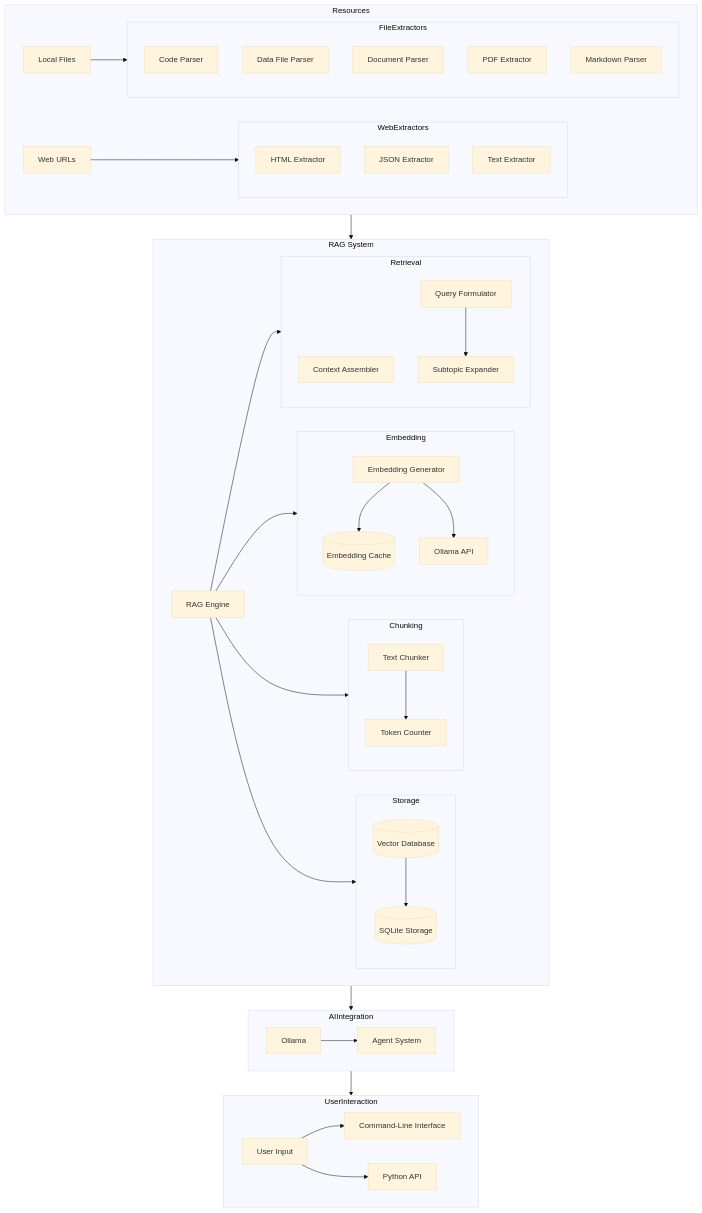
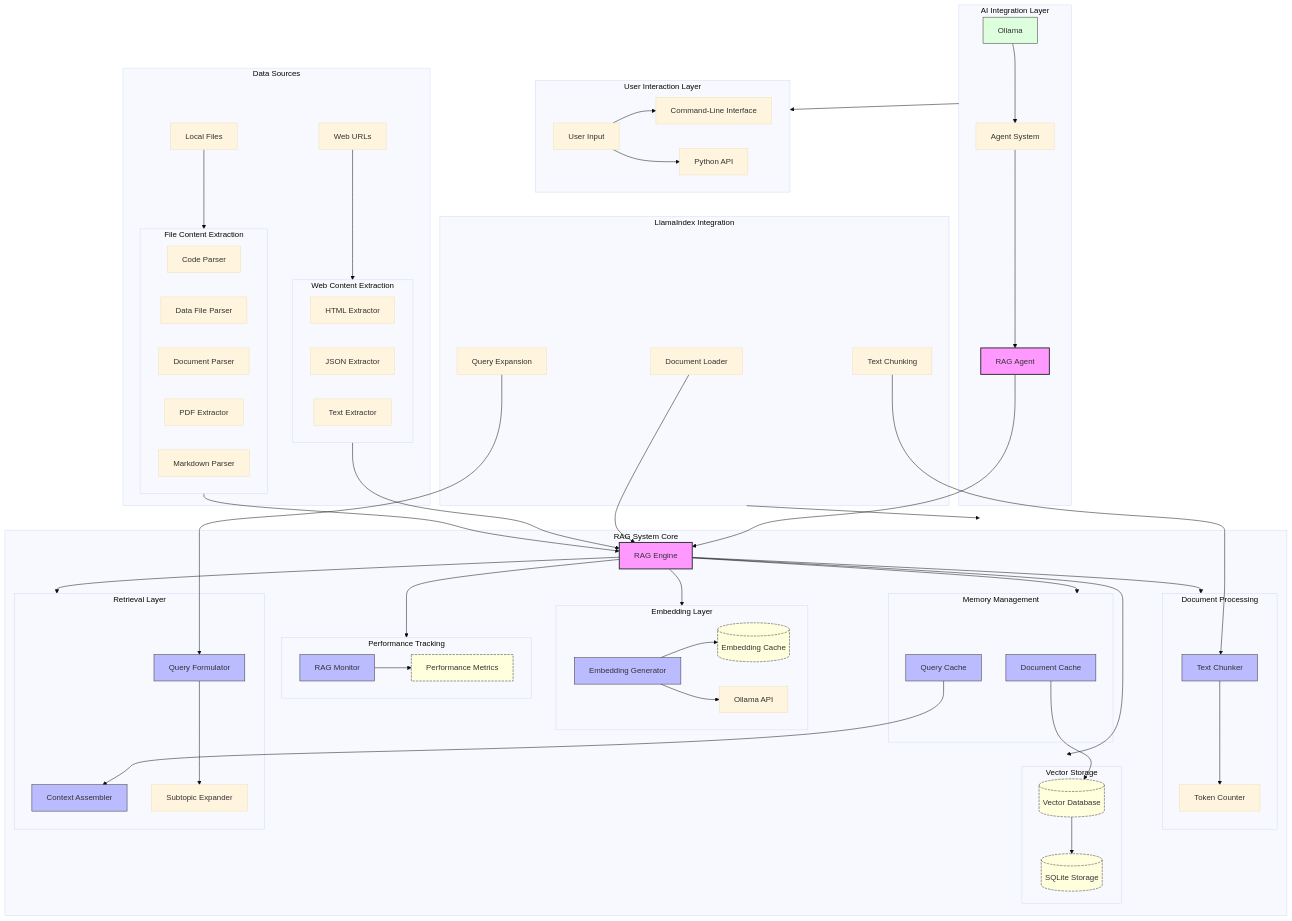
The diagram in docs/rag_system.md (Ollama-Agent-Roll-Cage/oarc-osyllabi), drawn with Mermaid (base theme) before and after one commit. The commit also changed other lines of this file and 9 other files, not shown here.

````diff
--- a/docs/rag_system.md
+++ b/docs/rag_system.md
@@ -7,6 +8,11 @@
 ```mermaid
 flowchart TD
-    subgraph UserInteraction
+    classDef coreComponent fill:#f9f,stroke:#333,stroke-width:2px
+    classDef supportingComponent fill:#bbf,stroke:#333,stroke-width:1px
+    classDef dataStore fill:#ffd,stroke:#333,stroke-width:1px,stroke-dasharray: 5 2
+    classDef clientComponent fill:#dfd,stroke:#333,stroke-width:1px
+    
+    subgraph UserInteraction["User Interaction Layer"]
         User[User Input]
         CLI[Command-Line Interface]
         API[Python API]
@@ -15,57 +21,74 @@
         User --> API
     end
     
-    subgraph RAGSystem [RAG System]
-        RAGEngine[RAG Engine]
+    subgraph RAGSystem ["RAG System Core"]
+        RAGEngine[RAG Engine]:::coreComponent
         
-        subgraph Embedding
-            EmbGen[Embedding Generator]
-            EmbCache[(Embedding Cache)]
+        subgraph Embedding["Embedding Layer"]
+            EmbGen[Embedding Generator]:::supportingComponent
+            EmbCache[(Embedding Cache)]:::dataStore
             OllamaEmb[Ollama API]
             
             EmbGen --> EmbCache
             EmbGen --> OllamaEmb
         end
         
-        subgraph Chunking
-            TextChk[Text Chunker]
+        subgraph Chunking["Document Processing"]
+            TextChk[Text Chunker]:::supportingComponent
             TokenCnt[Token Counter]
             
             TextChk --> TokenCnt
         end
         
-        subgraph Storage
-            VecDB[(Vector Database)]
-            SQLite[(SQLite Storage)]
+        subgraph Storage["Vector Storage"]
+            VecDB[(Vector Database)]:::dataStore
+            SQLite[(SQLite Storage)]:::dataStore
             
             VecDB --> SQLite
         end
         
-        subgraph Retrieval
-            ContAss[Context Assembler]
-            QueryForm[Query Formulator]
+        subgraph Retrieval["Retrieval Layer"]
+            ContAss[Context Assembler]:::supportingComponent
+            QueryForm[Query Formulator]:::supportingComponent
             SubTopic[Subtopic Expander]
             
             QueryForm --> SubTopic
+        end
+        
+        subgraph Monitoring["Performance Tracking"]
+            RAGMon[RAG Monitor]:::supportingComponent
+            PerfMetrics[Performance Metrics]:::dataStore
+            
+            RAGMon --> PerfMetrics
+        end
+        
+        subgraph Caching["Memory Management"]
+            DocCache[Document Cache]:::supportingComponent
+            QCache[Query Cache]:::supportingComponent
+            
+            DocCache --> VecDB
+            QCache --> ContAss
         end
         
         RAGEngine --> Embedding
         RAGEngine --> Chunking
         RAGEngine --> Storage
         RAGEngine --> Retrieval
+        RAGEngine --> Monitoring
+        RAGEngine --> Caching
     end
     
-    subgraph Resources
+    subgraph Resources["Data Sources"]
         WebUrls[Web URLs]
         LocalFiles[Local Files]
         
-        subgraph WebExtractors
+        subgraph WebExtractors["Web Content Extraction"]
             HTML[HTML Extractor]
             JSON[JSON Extractor]
             Text[Text Extractor]
         end
         
-        subgraph FileExtractors
+        subgraph FileExtractors["File Content Extraction"]
             Code[Code Parser]
             Data[Data File Parser]
             Doc[Document Parser]
@@ -75,16 +98,31 @@
         
         WebUrls --> WebExtractors
         LocalFiles --> FileExtractors
+        
+        WebExtractors --> RAGEngine
+        FileExtractors --> RAGEngine
     end
     
-    subgraph AIIntegration
-        Ollama[Ollama]
+    subgraph AIIntegration["AI Integration Layer"]
+        Ollama[Ollama]:::clientComponent
         Agents[Agent System]
+        RAGAgent[RAG Agent]:::coreComponent
         
         Ollama --> Agents
+        RAGAgent --> RAGEngine
+        Agents --> RAGAgent
     end
     
-    Resources --> RAGSystem
-    RAGSystem --> AIIntegration
+    subgraph LlamaIndexIntegration["LlamaIndex Integration"]
+        LlamaDoc[Document Loader]
+        LlamaChunker[Text Chunking]
+        LlamaQuery[Query Expansion]
+        
+        LlamaDoc --> RAGEngine
+        LlamaChunker --> TextChk
+        LlamaQuery --> QueryForm
+    end
+    
     AIIntegration --> UserInteraction
+    LlamaIndexIntegration --> RAGSystem
 ```
````
